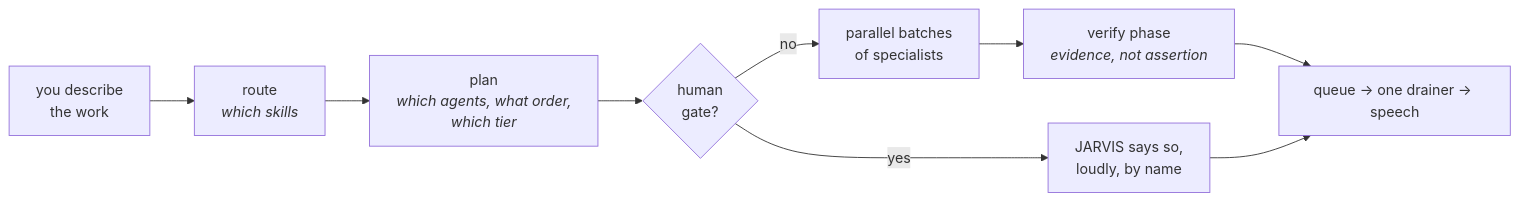
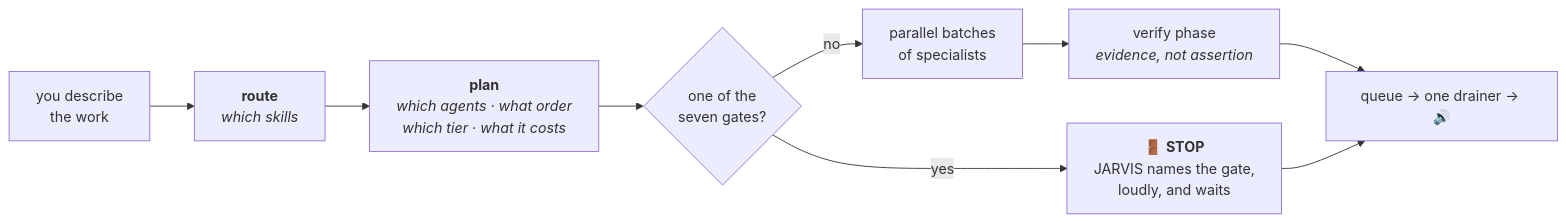
One commit to SumanthUExponent/Orchestrator-Agent-For-ERP changed the diagram in README.md. Above: the diagram before and after it, drawn with Mermaid. The commit also changed other lines of this file, not shown here.

````diff
--- a/README.md
+++ b/README.md
@@ -46,11 +112,11 @@
 ```mermaid
 flowchart LR
-  R["you describe<br/>the work"] --> ROUTE["route<br/><i>which skills</i>"]
-  ROUTE --> PLAN["plan<br/><i>which agents, what order,<br/>which tier</i>"]
-  PLAN --> GATE{"human<br/>gate?"}
-  GATE -->|"yes"| YOU["JARVIS says so,<br/>loudly, by name"]
+  R["you describe<br/>the work"] --> ROUTE["<b>route</b><br/><i>which skills</i>"]
+  ROUTE --> PLAN["<b>plan</b><br/><i>which agents · what order<br/>which tier · what it costs</i>"]
+  PLAN --> GATE{"one of the<br/>seven gates?"}
+  GATE -->|"yes"| YOU["🚪 <b>STOP</b><br/>JARVIS names the gate,<br/>loudly, and waits"]
   GATE -->|"no"| BATCH["parallel batches<br/>of specialists"]
   BATCH --> VERIFY["verify phase<br/><i>evidence, not assertion</i>"]
-  VERIFY --> VOICE["queue → one drainer → speech"]
+  VERIFY --> VOICE["queue → one drainer → 🔊"]
   YOU --> VOICE
 ```
````
